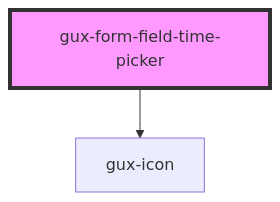
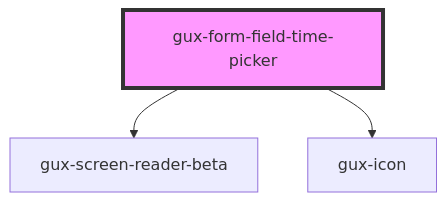
The diagram in src/components/stable/gux-form-field/components/gux-form-field-time-picker/readme.md (MyPureCloud/genesys-spark), drawn with Mermaid before and after one commit. The commit also changed other lines of this file and 38 other files, not shown here.

````diff
--- a/src/components/stable/gux-form-field/components/gux-form-field-time-picker/readme.md
+++ b/src/components/stable/gux-form-field/components/gux-form-field-time-picker/readme.md
@@ -31,5 +32,6 @@
 ```mermaid
 graph TD;
+  gux-form-field-time-picker --> gux-screen-reader-beta
   gux-form-field-time-picker --> gux-icon
   style gux-form-field-time-picker fill:#f9f,stroke:#333,stroke-width:4px
 ```
````
